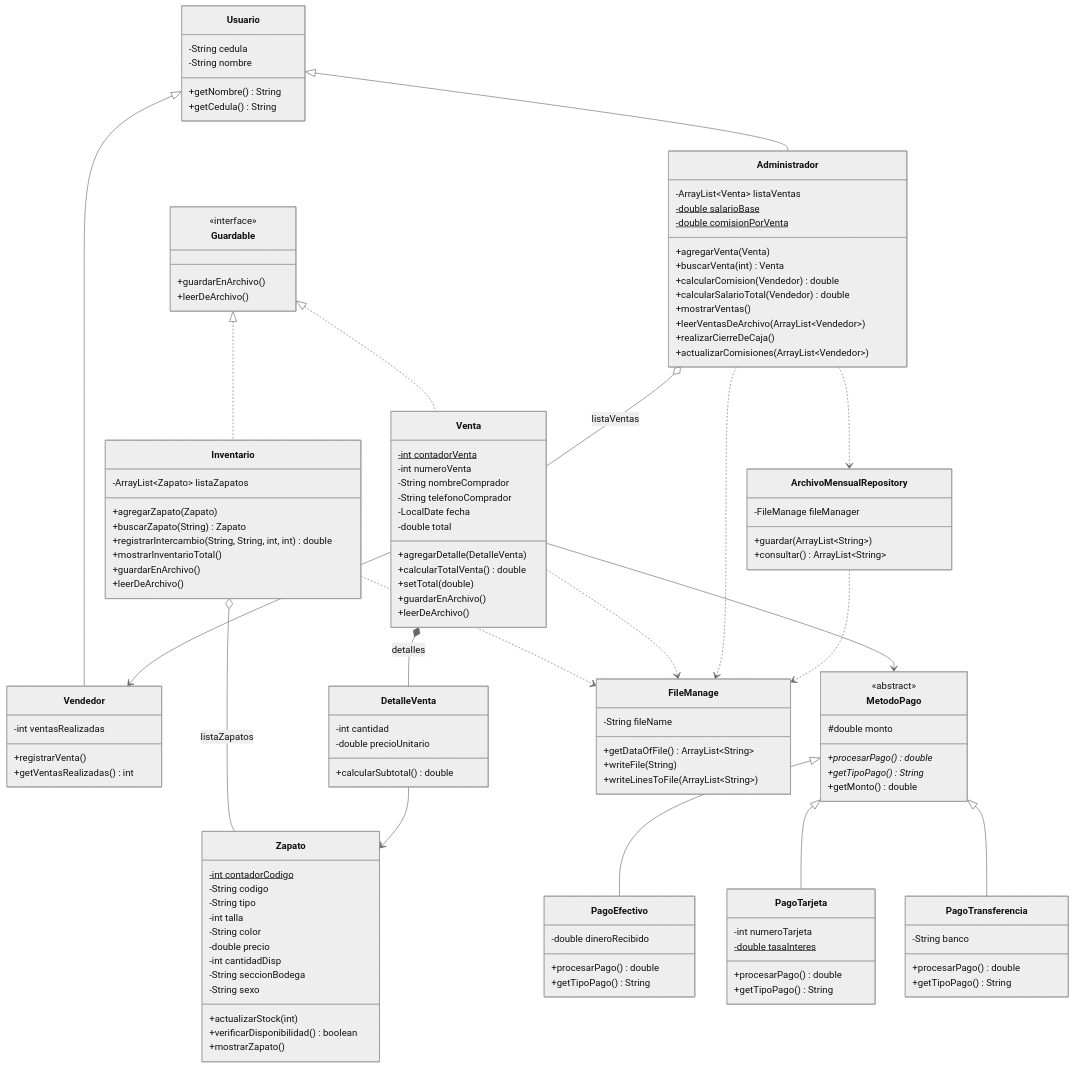
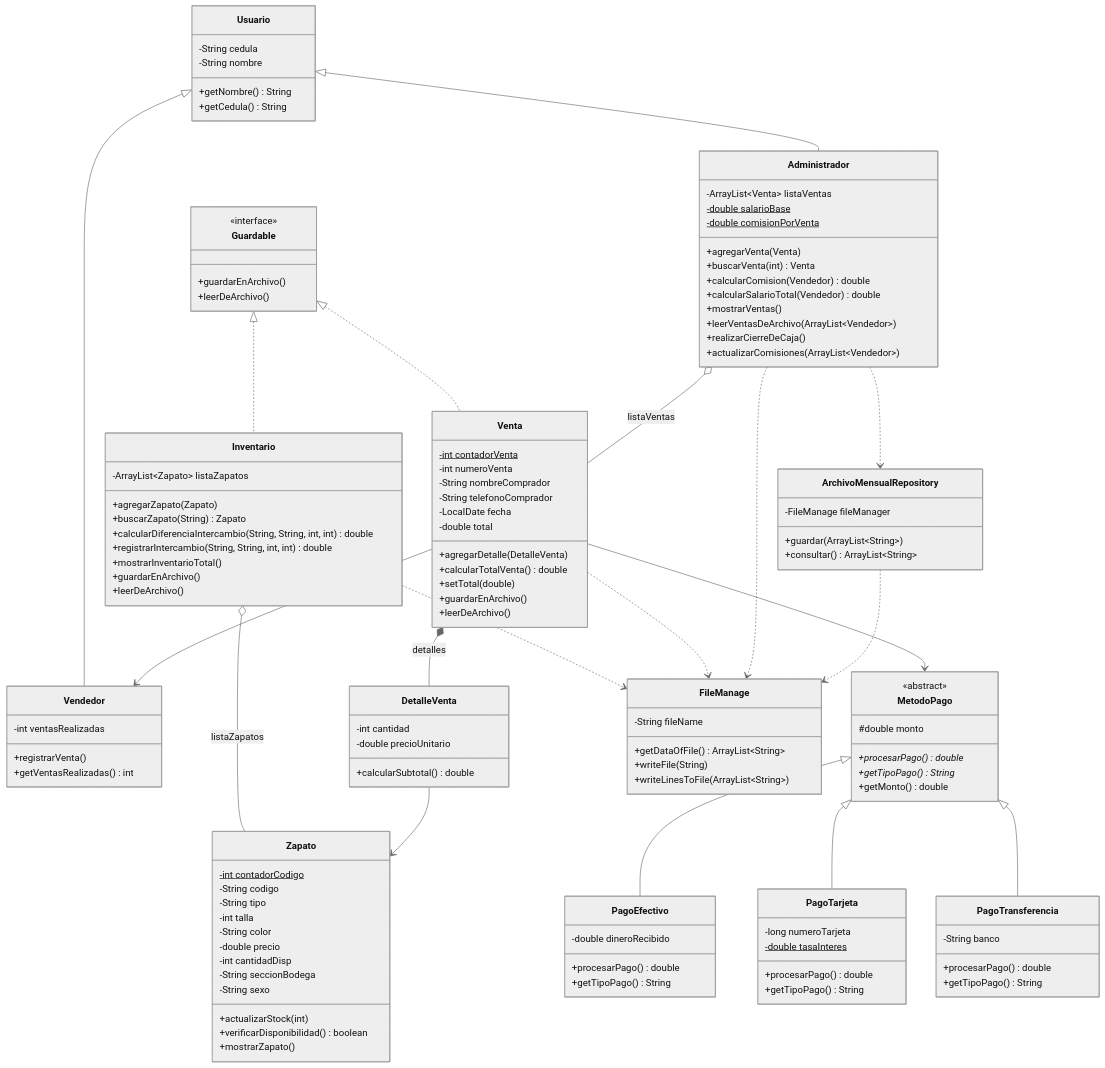
One commit to Andrespe28/proyecto-integrador changed the diagram in README.md. Above: the diagram before and after it, drawn with Mermaid (neutral theme). The commit also changed other lines of this file, not shown here.

```diff
--- a/README.md
+++ b/README.md
@@ -324,6 +324,7 @@
         -ArrayList~Zapato~ listaZapatos
         +agregarZapato(Zapato)
         +buscarZapato(String) Zapato
+        +calcularDiferenciaIntercambio(String, String, int, int) double
         +registrarIntercambio(String, String, int, int) double
         +mostrarInventarioTotal()
         +guardarEnArchivo()
@@ -373,7 +374,7 @@
     }
 
     class PagoTarjeta {
-        -int numeroTarjeta
+        -long numeroTarjeta
         -double tasaInteres$
         +procesarPago() double
         +getTipoPago() String
```
